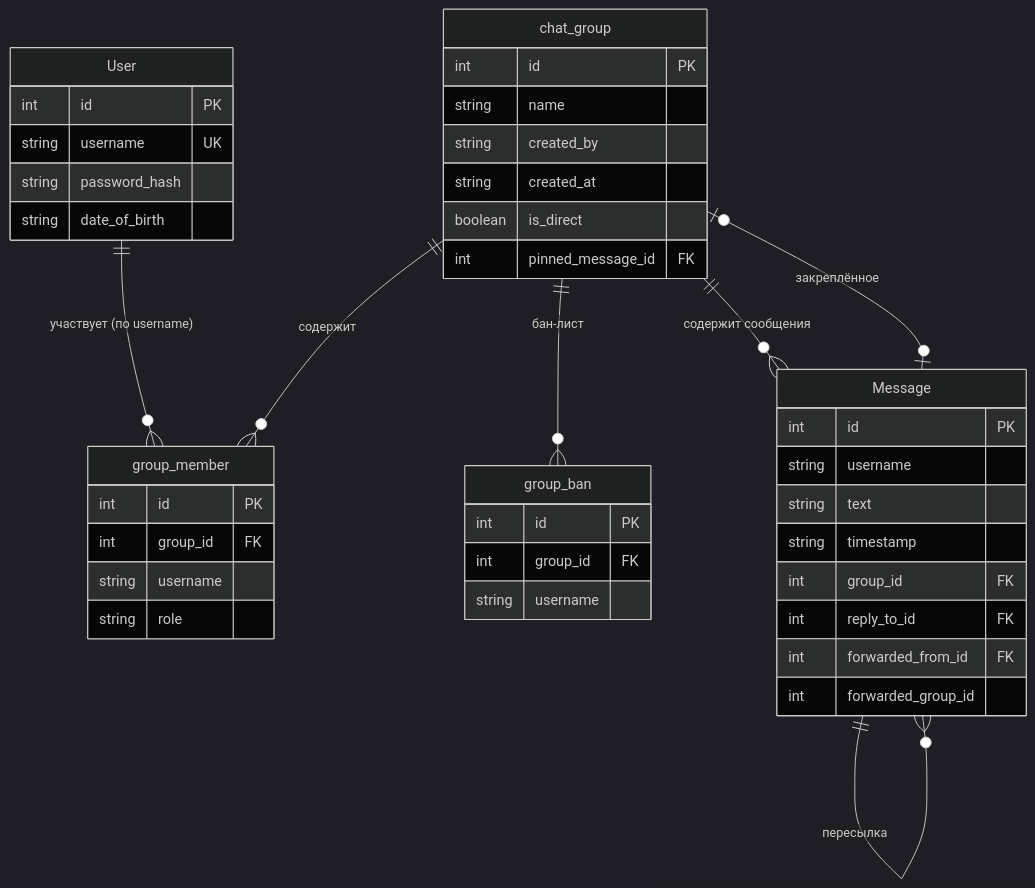
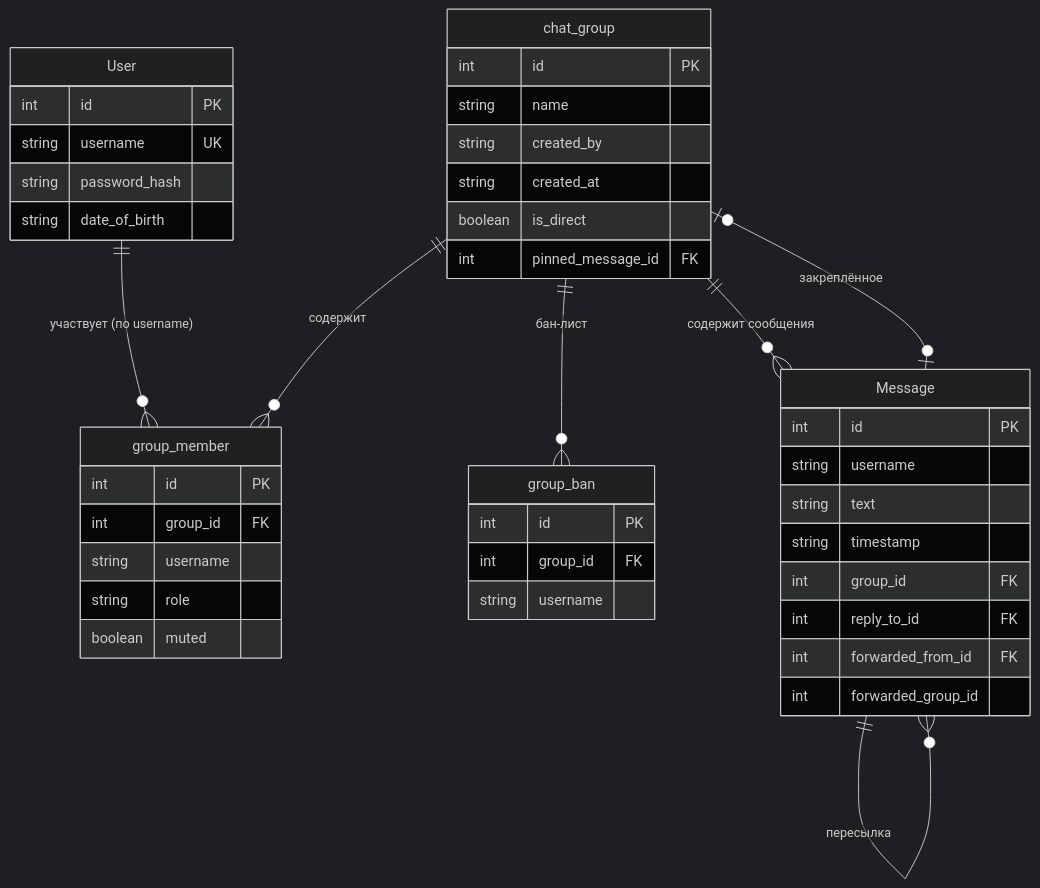
The diagram in README.md (alexcherch/Half_Chat), drawn with Mermaid (dark theme) before and after one commit. The commit also changed other lines of this file and 7 other files, not shown here.

````diff
--- a/README.md
+++ b/README.md
@@ -89,50 +91,51 @@
 ```mermaid
 erDiagram
     User {
         int id PK
         string username UK
         string password_hash
         string date_of_birth
     }
 
     chat_group {
         int id PK
         string name
         string created_by
         string created_at
         boolean is_direct
         int pinned_message_id FK
     }
 
     group_member {
         int id PK
         int group_id FK
         string username
         string role
+        boolean muted
     }
 
     group_ban {
         int id PK
         int group_id FK
         string username
     }
 
     Message {
         int id PK
         string username
         string text
         string timestamp
         int group_id FK
         int reply_to_id FK
         int forwarded_from_id FK
         int forwarded_group_id
     }
 
     Message ||--o{ Message : "ответ на сообщение"
     Message ||--o{ Message : "пересылка"
     User ||--o{ group_member : "участвует (по username)"
     chat_group ||--o{ group_member : "содержит"
     chat_group ||--o{ group_ban : "бан-лист"
     chat_group ||--o{ Message : "содержит сообщения"
     chat_group o|--o| Message : "закреплённое"
 ```
````
